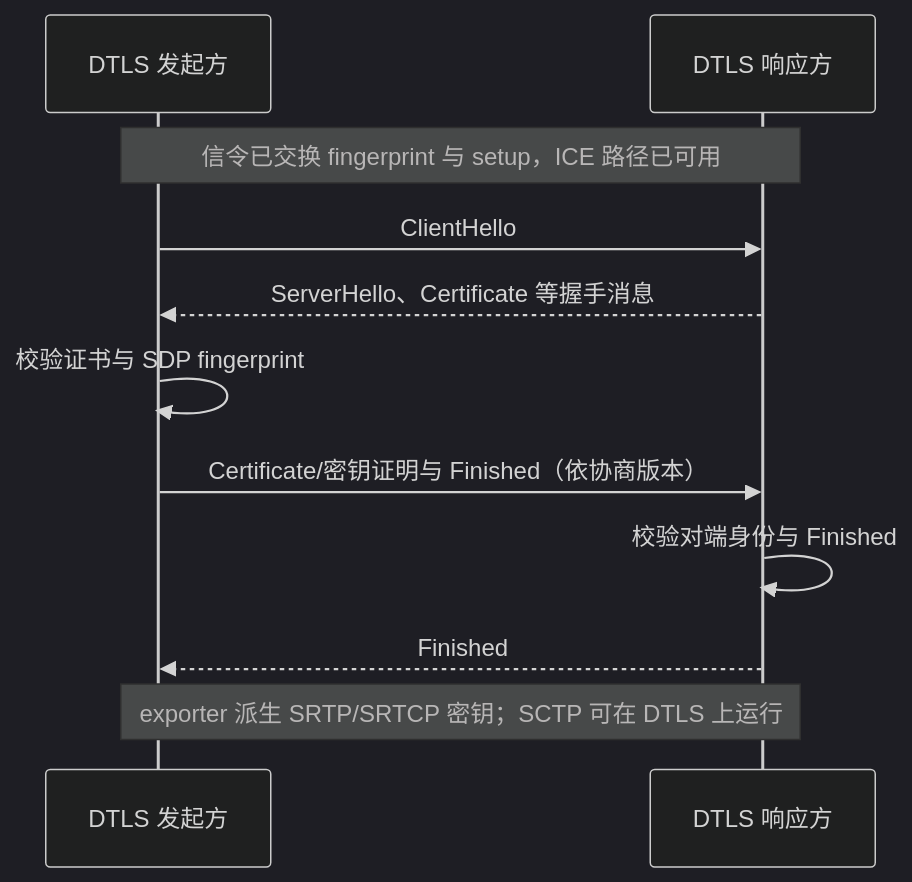
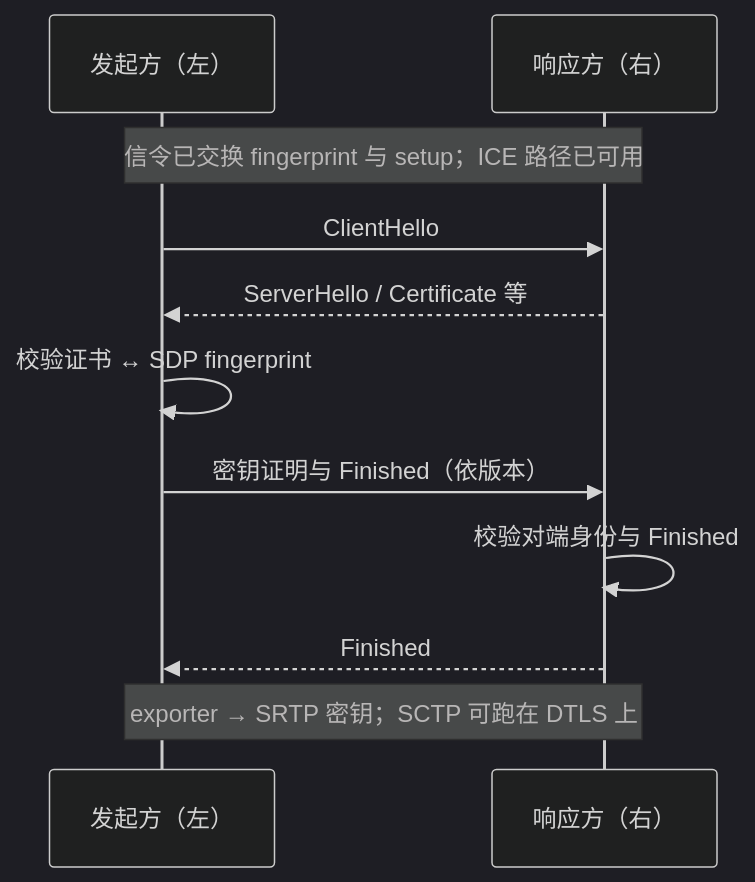
The diagram in 02-会话与连接/DTLS.md (Hex4C59/RTC-notes), drawn with Mermaid (dark theme) before and after one commit. The commit also changed other lines of this file and 126 other files, not shown here.

````diff
--- a/02-会话与连接/DTLS.md
+++ b/02-会话与连接/DTLS.md
@@ -26,13 +34,13 @@
 ```mermaid
 sequenceDiagram
-    participant A as DTLS 发起方
-    participant B as DTLS 响应方
-    Note over A,B: 信令已交换 fingerprint 与 setup，ICE 路径已可用
+    participant A as 发起方（左）
+    participant B as 响应方（右）
+    Note over A,B: 信令已交换 fingerprint 与 setup；ICE 路径已可用
     A->>B: ClientHello
-    B-->>A: ServerHello、Certificate 等握手消息
-    A->>A: 校验证书与 SDP fingerprint
-    A->>B: Certificate/密钥证明与 Finished（依协商版本）
+    B-->>A: ServerHello / Certificate 等
+    A->>A: 校验证书 ↔ SDP fingerprint
+    A->>B: 密钥证明与 Finished（依版本）
     B->>B: 校验对端身份与 Finished
     B-->>A: Finished
-    Note over A,B: exporter 派生 SRTP/SRTCP 密钥；SCTP 可在 DTLS 上运行
+    Note over A,B: exporter → SRTP 密钥；SCTP 可跑在 DTLS 上
 ```
````
